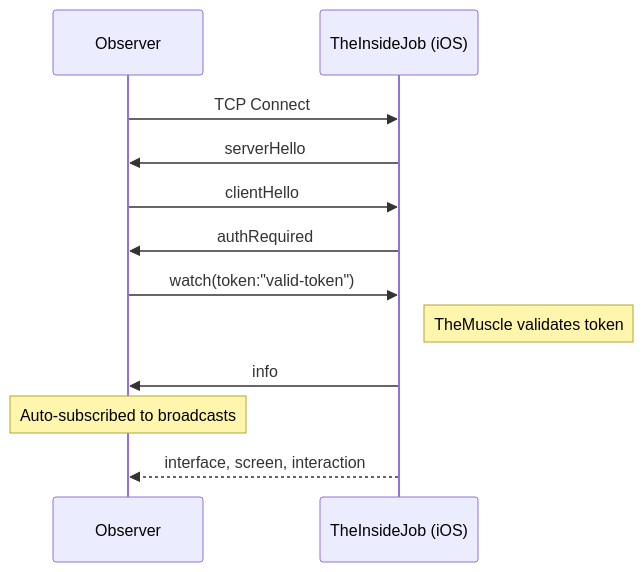
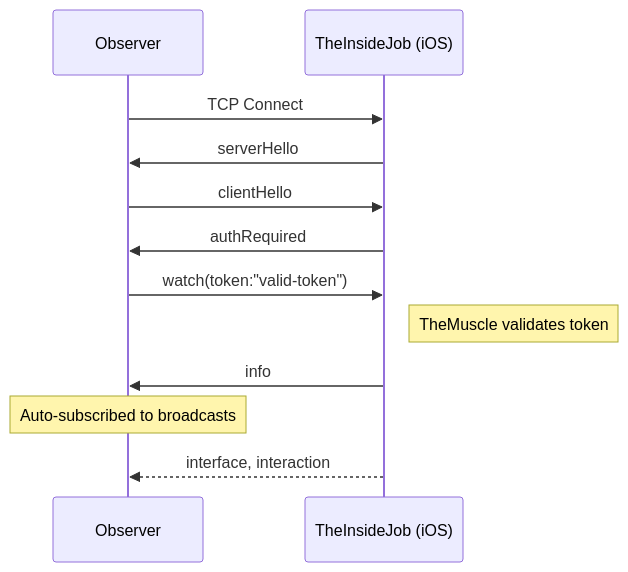
Before and after one commit to RoyalPineapple/TheButtonHeist: the sixth of 8 diagrams in docs/AUTH.md, drawn with Mermaid. The commit also changed 18 other files, not shown here.

````diff
--- a/docs/AUTH.md
+++ b/docs/AUTH.md
@@ -210,15 +210,15 @@
 ```mermaid
 sequenceDiagram
     participant Observer
     participant TheInsideJob as TheInsideJob (iOS)
 
     Observer->>TheInsideJob: TCP Connect
     TheInsideJob->>Observer: serverHello
     Observer->>TheInsideJob: clientHello
     TheInsideJob->>Observer: authRequired
     Observer->>TheInsideJob: watch(token:"valid-token")
     Note right of TheInsideJob: TheMuscle validates token
     TheInsideJob->>Observer: info
     Note over Observer: Auto-subscribed to broadcasts
-    TheInsideJob-->>Observer: interface, screen, interaction
+    TheInsideJob-->>Observer: interface, interaction
 ```
````
